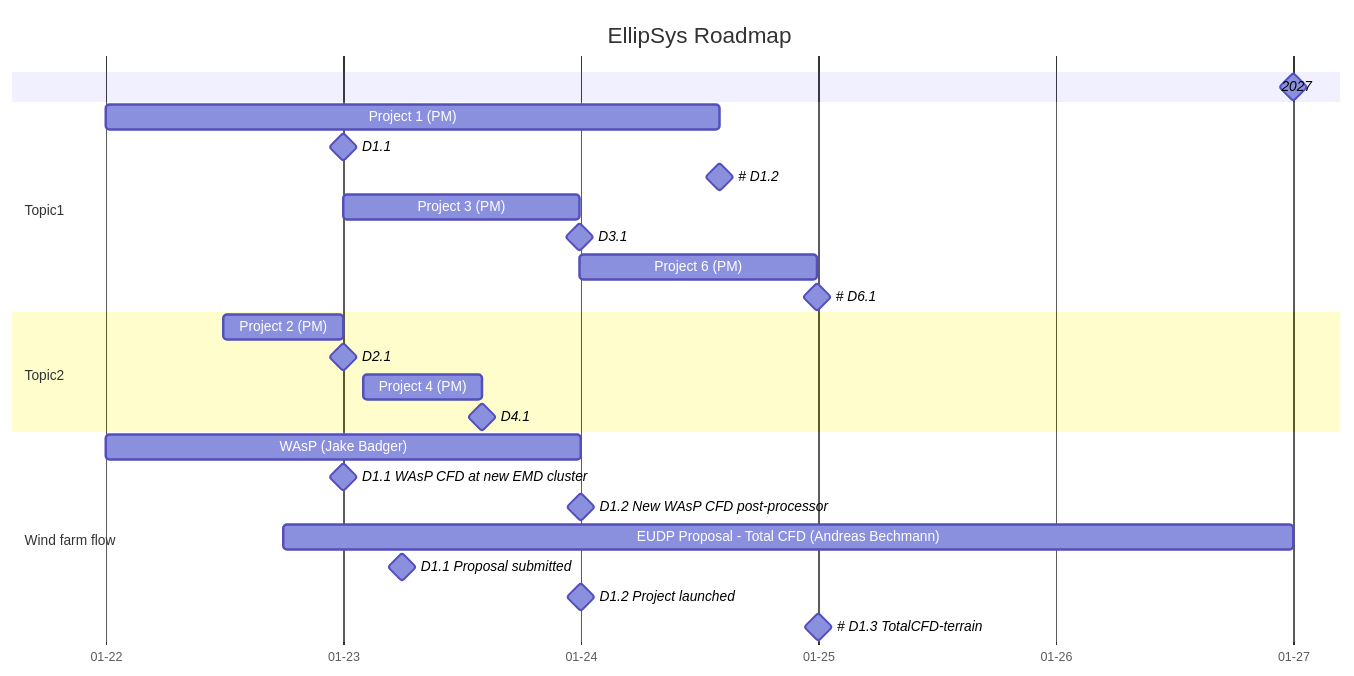
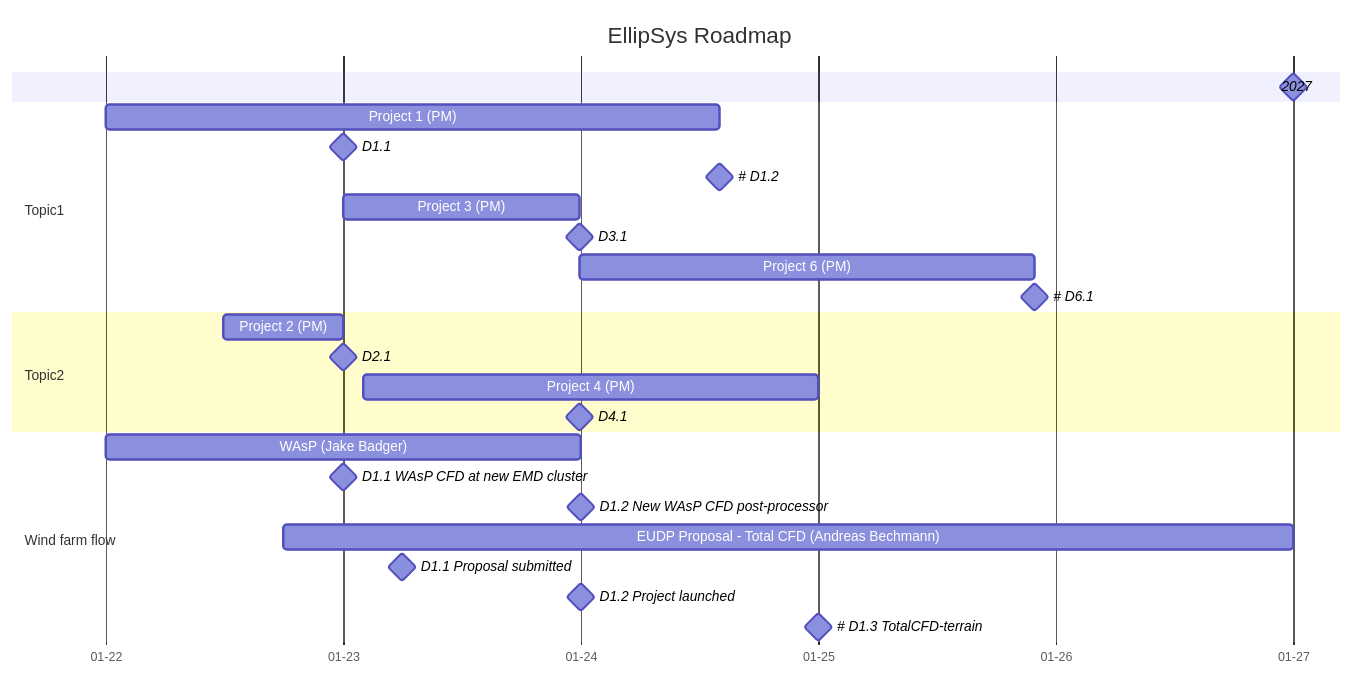
Before and after one commit to andh-dtu/test: the diagram in README.md, drawn with Mermaid.

````diff
--- a/README.md
+++ b/README.md
@@ -1,32 +1,32 @@
 ```mermaid
 gantt
 Title EllipSys Roadmap
 dateFormat YYYY-MM-DD
 axisFormat %m-%y
 
 2027 : milestone, 5-years, 2027-01-01, 2min
 
 section Topic1
 Project 1 (PM): p1, 2022-01-01, 2024-08-01
 D1.1 : milestone, m11, 2023-01-01, 2min
 # D1.2 : milestone, m12, after p1, 2min
 Project 3 (PM): p3, 2023-01-01, 52w
 D3.1 : milestone, m31, after p3, 2min
-Project 6 (PM): p6, after p3, 52w
+Project 6 (PM): p6, after p3, 100w
 # D6.1 : milestone, m61, after p6, 2min
 
 section Topic2
 Project 2 (PM): p2, 2022-07-01, 2023-01-01
 D2.1 : milestone, m21, after p2, 2min
-Project 4 (PM): p4, 2023-02-01 , 26w
-D4.1 : milestone, m41, after p4, 2min
+Project 4 (PM): p4, 2023-02-01 , 100w
+D4.1 : milestone, m41, 2023-12-31, 2min
 
 section Wind farm flow
 WAsP (Jake Badger) : waspcfd, 2022-01-01, 2024-01-01
 D1.1 WAsP CFD at new EMD cluster : milestone, waspcfd_1, 2023-01-01, 2min
 D1.2 New WAsP CFD post-processor : milestone, waspcfd_2, 2024-01-01, 2min
 EUDP Proposal - Total CFD (Andreas Bechmann) : totalcfd, 2022-10-01, 2027-01-01
 D1.1 Proposal submitted : milestone, totalcfd_1, 2023-04-01, 2min
 D1.2 Project launched    : milestone, totalcfd_2, 2024-01-01, 2min
 # D1.3 TotalCFD-terrain : milestone, totalcfd_3, 2025-01-01, 2min
 ```
````
